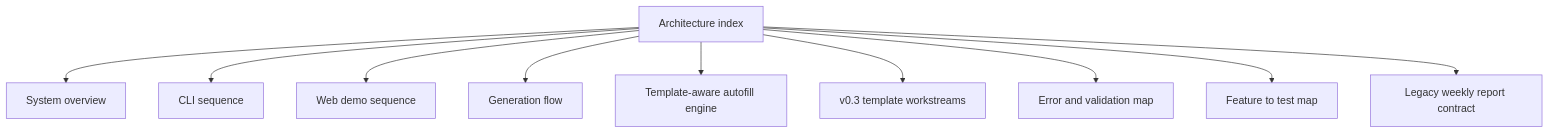
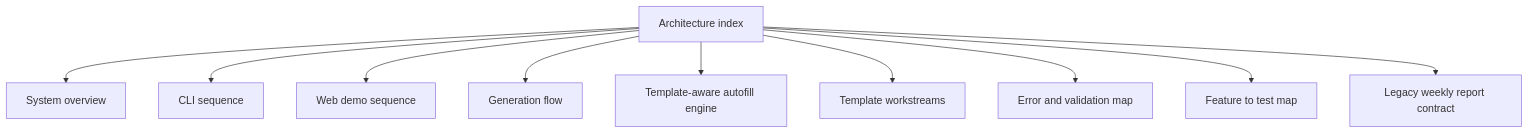
The diagram in docs/architecture/README.md (tubtrb/autoreport), drawn with Mermaid before and after one commit. The commit also changed other lines of this file and 30 other files, not shown here.

Commit message:
sync repo guidance with current contract flow

````diff
--- a/docs/architecture/README.md
+++ b/docs/architecture/README.md
@@ -6,23 +6,23 @@
 ```mermaid
 flowchart TD
     README["Architecture index"]
     OVERVIEW["System overview"]
     CLISEQ["CLI sequence"]
     WEBSEQ["Web demo sequence"]
     FLOW["Generation flow"]
     AUTOFILL["Template-aware autofill engine"]
-    WORKSTREAMS["v0.3 template workstreams"]
+    WORKSTREAMS["Template workstreams"]
     ERRORS["Error and validation map"]
     TESTMAP["Feature to test map"]
     CONTRACT["Legacy weekly report contract"]
 
     README --> OVERVIEW
     README --> CLISEQ
     README --> WEBSEQ
     README --> FLOW
     README --> AUTOFILL
     README --> WORKSTREAMS
     README --> ERRORS
     README --> TESTMAP
     README --> CONTRACT
 ```
````
